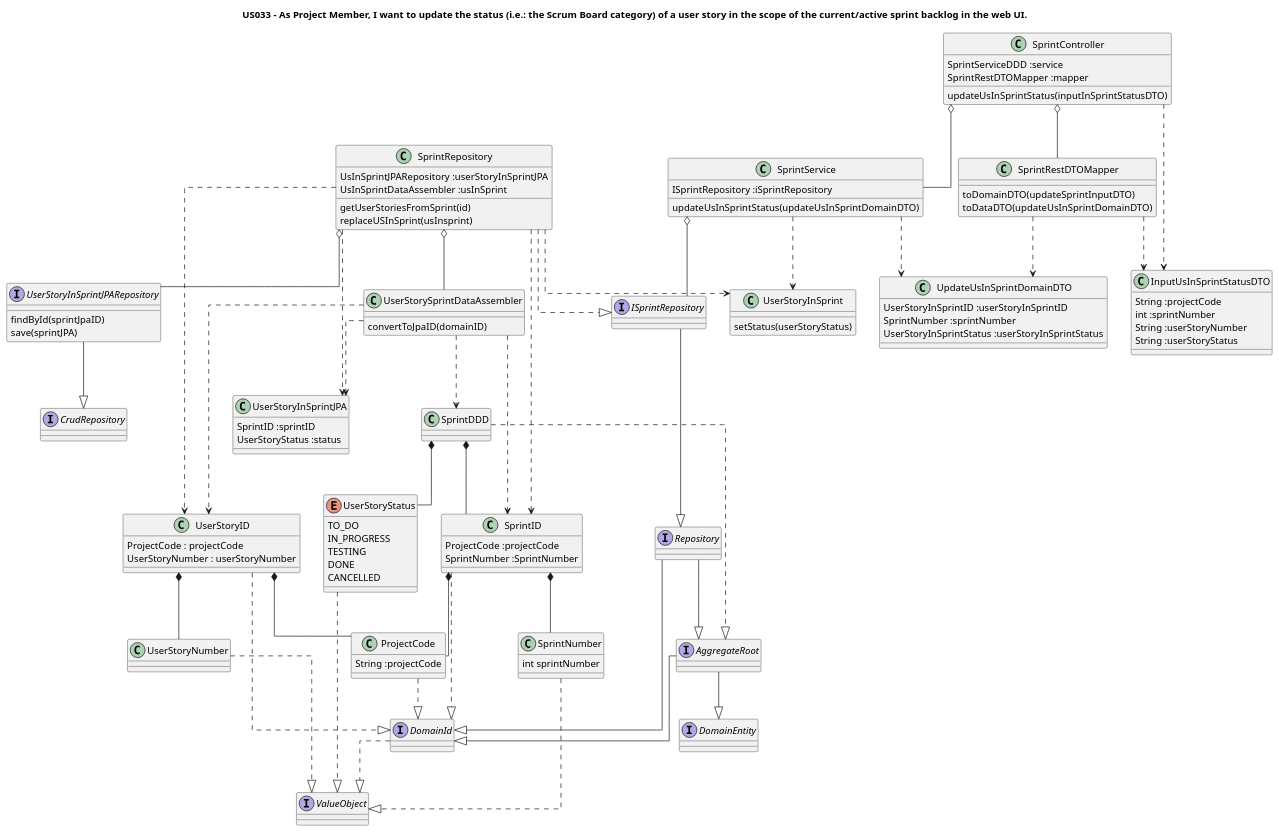
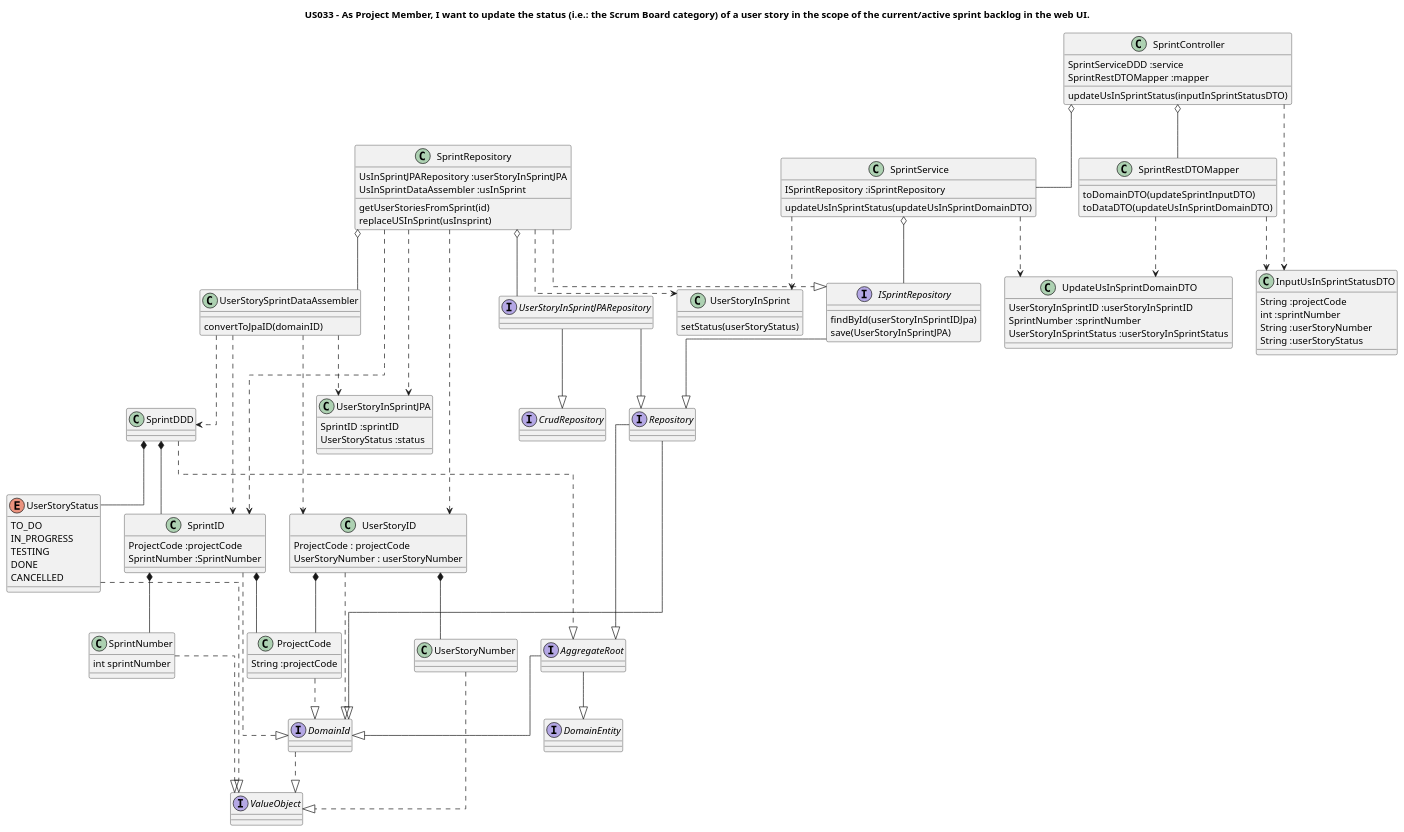
One commit to ivo-menezes/project_g3 changed the diagram in docs/modelling_design/user_stories/us033/US033_UpdateUsInSprintStatusCD.puml. Above: the diagram before and after it, drawn with PlantUML. The commit also changed 1 other file, not shown here.

Commit message:
T714: Design: US033 - UpdateUsInSprintStatus ProcessView and Class Diagram(Addresses #197)

```diff
--- a/docs/modelling_design/user_stories/us033/US033_UpdateUsInSprintStatusCD.puml
+++ b/docs/modelling_design/user_stories/us033/US033_UpdateUsInSprintStatusCD.puml
@@ -1,149 +1,151 @@
 @startuml
 skinparam linetype ortho
 title "US033 - As Project Member, I want to update the status (i.e.: the Scrum Board category) of a user story in the scope of the current/active sprint backlog in the web UI."
 
 class SprintController {
 SprintServiceDDD :service
 SprintRestDTOMapper :mapper
 updateUsInSprintStatus(inputInSprintStatusDTO)
 }
 
 class SprintService {
 ISprintRepository :iSprintRepository
 updateUsInSprintStatus(updateUsInSprintDomainDTO)
 }
 
 class SprintRepository {
 UsInSprintJPARepository :userStoryInSprintJPA
 UsInSprintDataAssembler :usInSprint
 getUserStoriesFromSprint(id)
 replaceUSInSprint(usInsprint)
 }
 
 class UserStorySprintDataAssembler {
 convertToJpaID(domainID)
 }
 
 Interface UserStoryInSprintJPARepository {
-findById(sprintJpaID)
-save(sprintJPA)
 }
 
 class UserStoryInSprint {
 setStatus(userStoryStatus)
 }
 
 class UserStoryInSprintJPA {
 SprintID :sprintID
 UserStoryStatus :status
 }
 
 class SprintRestDTOMapper {
 toDomainDTO(updateSprintInputDTO)
 toDataDTO(updateUsInSprintDomainDTO)
 }
 
 class InputUsInSprintStatusDTO  {
 String :projectCode
 int :sprintNumber
 String :userStoryNumber
 String :userStoryStatus
 }
 
 class UpdateUsInSprintDomainDTO  {
 UserStoryInSprintID :userStoryInSprintID
 SprintNumber :sprintNumber
 UserStoryInSprintStatus :userStoryInSprintStatus
 }
 
 enum UserStoryStatus{
 TO_DO
 IN_PROGRESS
 TESTING
 DONE
 CANCELLED
 }
 
 class SprintID{
 ProjectCode :projectCode
 SprintNumber :SprintNumber
 }
 
 class UserStoryID {
 ProjectCode : projectCode
 UserStoryNumber : userStoryNumber
 }
 
 class ProjectCode{
 String :projectCode
 }
 
 class SprintNumber{
 int sprintNumber
 }
 
-interface ISprintRepository
+interface ISprintRepository{
+findById(userStoryInSprintIDJpa)
+save(UserStoryInSprintJPA)
+}
 interface Repository
 interface CrudRepository
 interface DomainId
 interface AggregateRoot
 interface DomainEntity
 interface ValueObject
 
 UserStorySprintDataAssembler ..> SprintID
 UserStorySprintDataAssembler ..> UserStoryID
 UserStorySprintDataAssembler ..> UserStoryInSprintJPA
 UserStorySprintDataAssembler ..> SprintDDD
 
 SprintRestDTOMapper ..> UpdateUsInSprintDomainDTO
 SprintRestDTOMapper ..> InputUsInSprintStatusDTO
 
 SprintController o--  SprintService
 SprintController o-- SprintRestDTOMapper
 SprintController ..> InputUsInSprintStatusDTO
 
 SprintService ..> UpdateUsInSprintDomainDTO
 SprintService o-- ISprintRepository
 SprintService ..> UserStoryInSprint
 
 SprintRepository ..|> ISprintRepository
 SprintRepository o-- UserStorySprintDataAssembler
 SprintRepository o-- UserStoryInSprintJPARepository
 SprintRepository ..> UserStoryInSprint
 SprintRepository ..> UserStoryInSprintJPA
 SprintRepository ..> SprintID
 SprintRepository ..> UserStoryID
 
 
 ISprintRepository --|> Repository
+UserStoryInSprintJPARepository --|> Repository
 
 UserStoryInSprintJPARepository --|> CrudRepository
 
 SprintDDD *-- UserStoryStatus
 SprintDDD *-- SprintID
 SprintDDD -..|> AggregateRoot
 
 UserStoryStatus -..|> ValueObject
 UserStoryNumber -..|> ValueObject
 SprintNumber -..|> ValueObject
 
 
 SprintID ..|> DomainId
 SprintID *-- ProjectCode
 SprintID *-- SprintNumber
 
 UserStoryID ..|> DomainId
 UserStoryID *-- ProjectCode
 UserStoryID *-- UserStoryNumber
 
 
 ProjectCode ..|> DomainId
 
 DomainId ..|> ValueObject
 
 AggregateRoot --|> DomainId
 AggregateRoot --|> DomainEntity
 
 Repository --|> DomainId
 Repository --|> AggregateRoot
 @enduml
```
